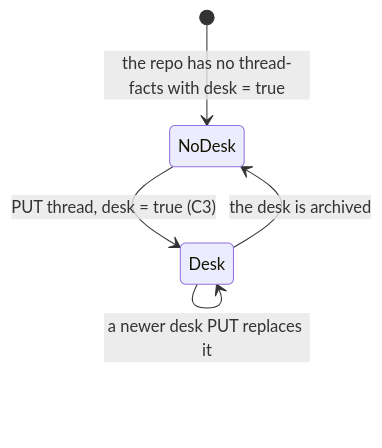
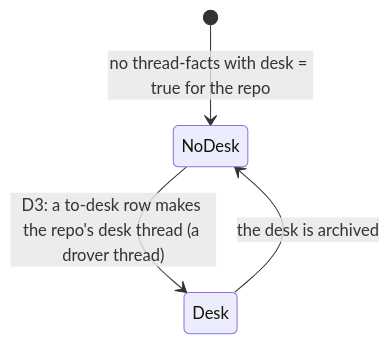
Before and after one commit to jirathip-dev/drover: the third of 4 diagrams in docs/architecture/cooee-threads/boundaries.md, drawn with Mermaid. The commit also changed other lines of this file and 4 other files, not shown here.

Commit message:
architect: cooee's Orchestrator is a drover client, drover keeps its threads; two run paths, nothing moves (#1571)

````diff
--- a/docs/architecture/cooee-threads/boundaries.md
+++ b/docs/architecture/cooee-threads/boundaries.md
@@ -83,7 +80,6 @@
 ```mermaid
 stateDiagram-v2
-    [*] --> NoDesk: the repo has no thread-facts with desk = true
-    NoDesk --> Desk: PUT thread, desk = true (C3)
-    Desk --> Desk: a newer desk PUT replaces it
+    [*] --> NoDesk: no thread-facts with desk = true for the repo
+    NoDesk --> Desk: D3: a to-desk row makes the repo's desk thread (a drover thread)
     Desk --> NoDesk: the desk is archived
 ```
````
